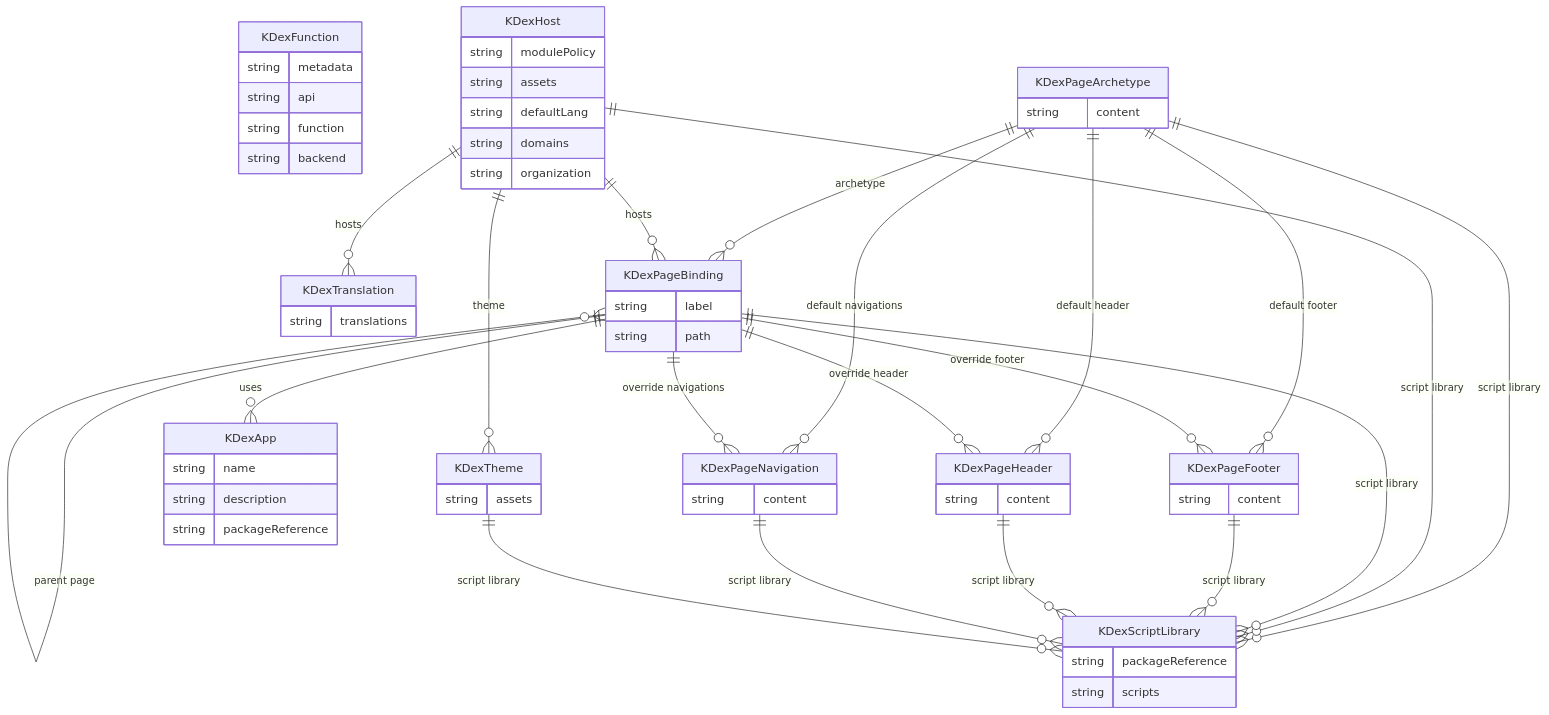
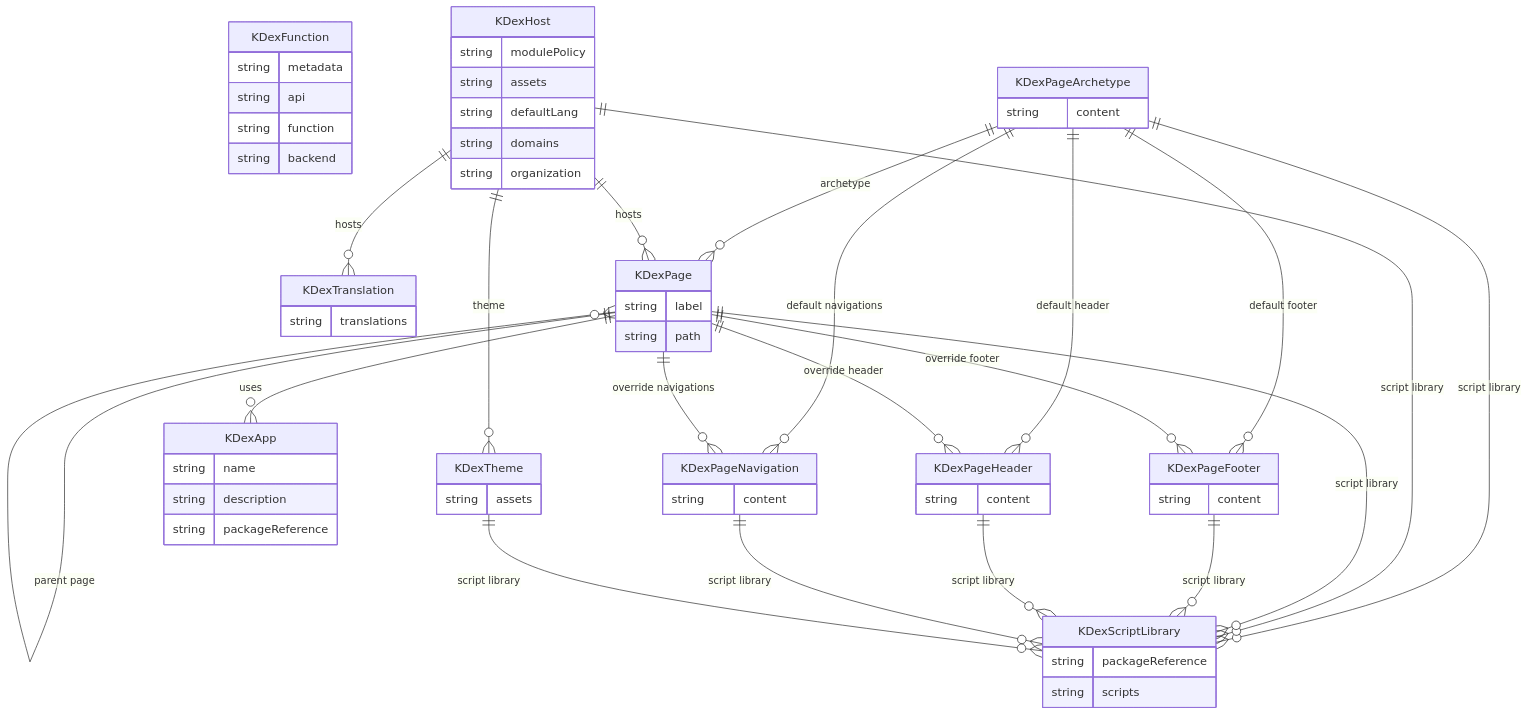
One commit to kdex-tech/kdex-crds changed the diagram in CRD_RELATIONSHIPS.md. Above: the diagram before and after it, drawn with Mermaid. The commit also changed 36 other files, not shown here.

```diff
--- a/CRD_RELATIONSHIPS.md
+++ b/CRD_RELATIONSHIPS.md
@@ -27,7 +27,7 @@
         string content
     }
 
-    KDexPageBinding {
+    KDexPage {
         string label
         string path
     }
@@ -59,24 +59,24 @@
         string scripts
     }
 
-    KDexPageArchetype ||--o{ KDexPageBinding : "archetype"
+    KDexPageArchetype ||--o{ KDexPage : "archetype"
     KDexPageArchetype ||--o{ KDexPageFooter : "default footer"
     KDexPageArchetype ||--o{ KDexPageHeader : "default header"
     KDexPageArchetype ||--o{ KDexPageNavigation : "default navigations"
     KDexPageArchetype ||--o{ KDexScriptLibrary : "script library"
 
-    KDexHost ||--o{ KDexPageBinding : "hosts"
+    KDexHost ||--o{ KDexPage : "hosts"
     KDexHost ||--o{ KDexScriptLibrary : "script library"
     KDexHost ||--o{ KDexTheme : "theme"
     KDexHost ||--o{ KDexTranslation : "hosts"
 
 
-    KDexPageBinding ||--o{ KDexApp : "uses"
-    KDexPageBinding ||--o{ KDexPageBinding : "parent page"
-    KDexPageBinding ||--o{ KDexPageFooter : "override footer"
-    KDexPageBinding ||--o{ KDexPageHeader : "override header"
-    KDexPageBinding ||--o{ KDexPageNavigation : "override navigations"
-    KDexPageBinding ||--o{ KDexScriptLibrary : "script library"
+    KDexPage ||--o{ KDexApp : "uses"
+    KDexPage ||--o{ KDexPage : "parent page"
+    KDexPage ||--o{ KDexPageFooter : "override footer"
+    KDexPage ||--o{ KDexPageHeader : "override header"
+    KDexPage ||--o{ KDexPageNavigation : "override navigations"
+    KDexPage ||--o{ KDexScriptLibrary : "script library"
 
     KDexPageFooter ||--o{ KDexScriptLibrary : "script library"
 
```
